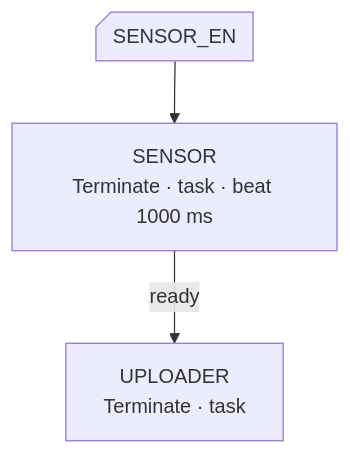
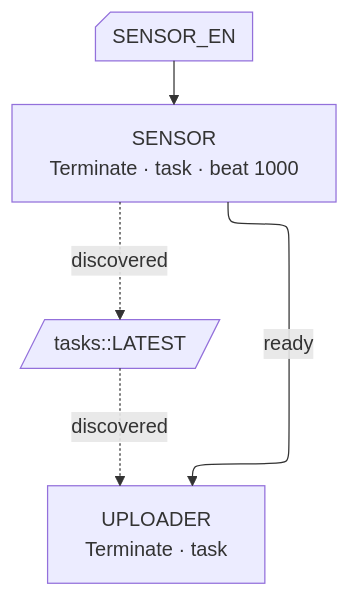
The first of 2 diagrams in src/content/docs/getting-started/first-graph.md (embassy-supervisor/embassy-supervisor.github.io), drawn with Mermaid before and after one commit. The commit also changed other lines of this file, not shown here.

Commit message:
Improve first graph documentation

````diff
--- a/src/content/docs/getting-started/first-graph.md
+++ b/src/content/docs/getting-started/first-graph.md
@@ -16,12 +16,20 @@
 ```mermaid
+---
+config:
+  layout: elk
+---
 flowchart TD
-    accDescr: The two-node graph this page builds, grown shape
-    SENSOR["SENSOR<br/>Terminate · task · beat 1000 ms"]:::task
-    UPLOADER["UPLOADER<br/>Terminate · task"]:::task
+  n_SENSOR["SENSOR<br/>Terminate · task · beat 1000"]
+  n_UPLOADER["UPLOADER<br/>Terminate · task"]
 
-    SENSOR -- "ready" --> UPLOADER
+  n_SENSOR -- "ready" --> n_UPLOADER
 
-    SENSOR_EN@{ shape: notch-rect, label: "SENSOR_EN" }
-    SENSOR_EN --> SENSOR
-    class SENSOR_EN resource;
+  s_tasks__LATEST[/"tasks::LATEST"/]
+  n_SENSOR -. "discovered" .-> s_tasks__LATEST
+  s_tasks__LATEST -. "discovered" .-> n_UPLOADER
+  class s_tasks__LATEST signal;
+
+  r_SENSOR_EN@{ shape: notch-rect, label: "SENSOR_EN" }
+  r_SENSOR_EN --> n_SENSOR
+  class r_SENSOR_EN resource;
 ```
````
